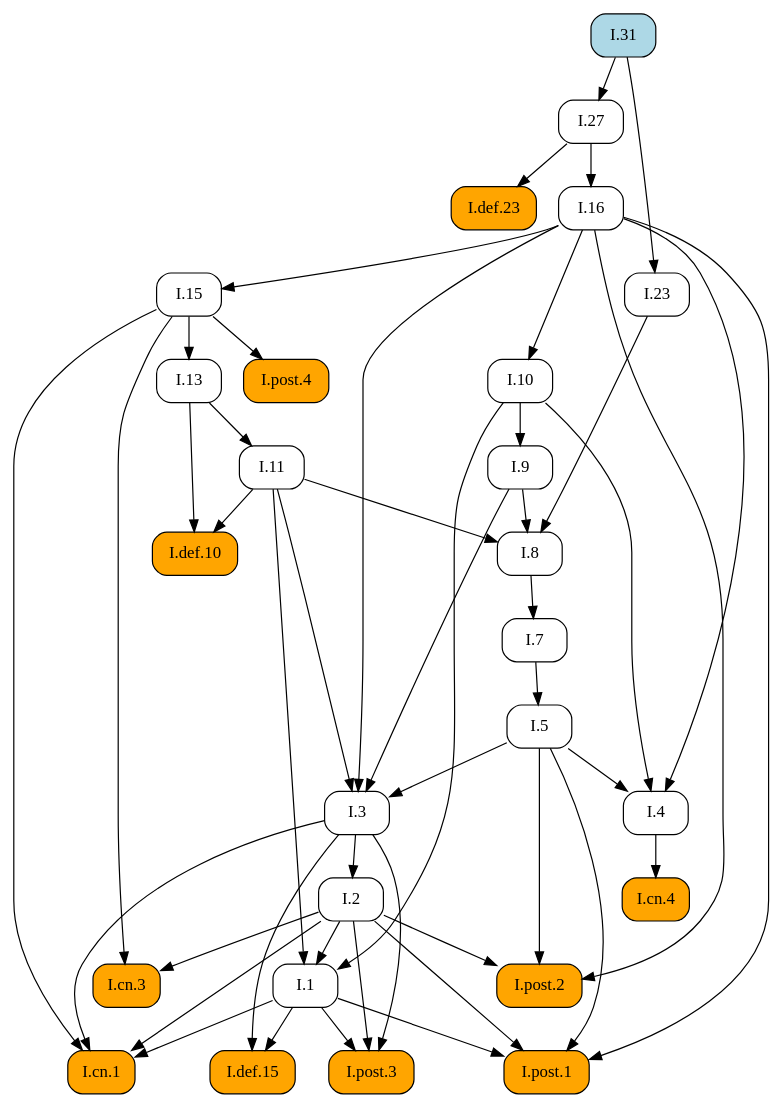
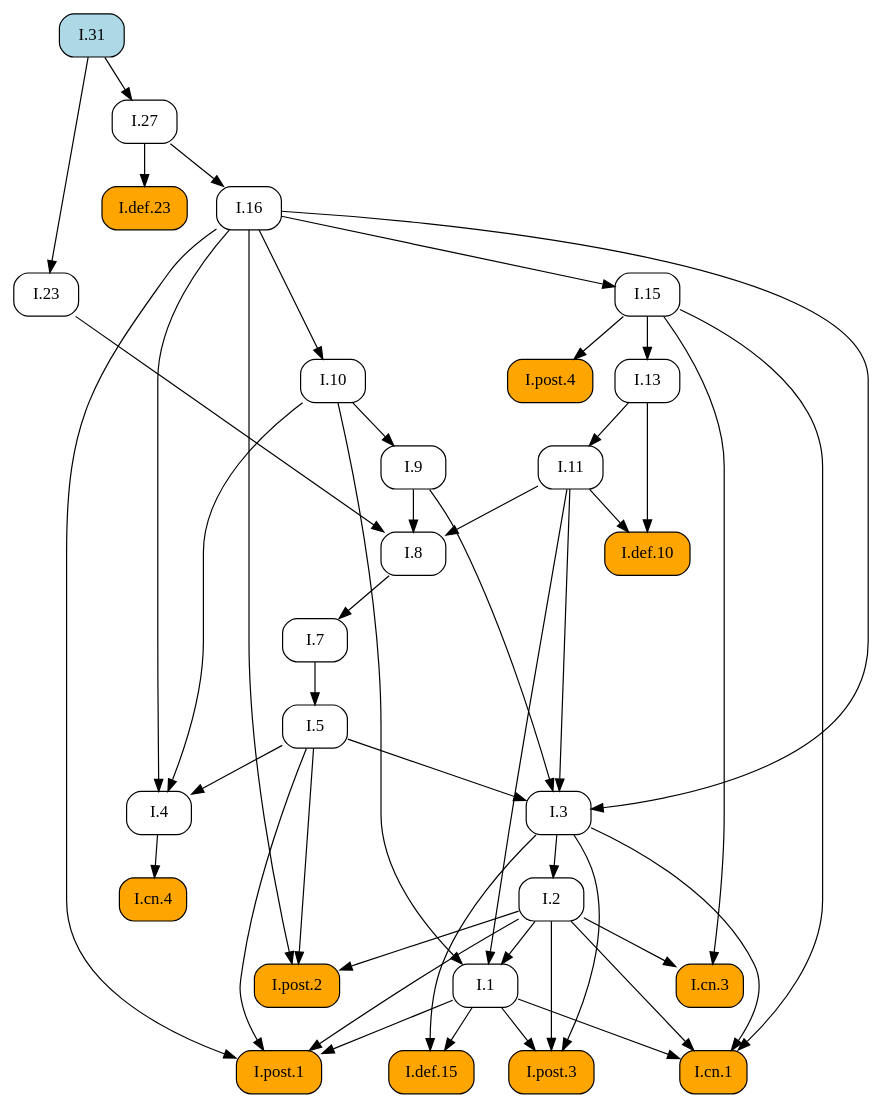
The diagram in docsrc/elements2/I/31/index.rst (geometor/elements), drawn with Graphviz before and after one commit. The commit also changed other lines of this file and 171 other files, not shown here.

```diff
--- a/docsrc/elements2/I/31/index.rst
+++ b/docsrc/elements2/I/31/index.rst
@@ -38,79 +38,79 @@
 .. graphviz::
 
    digraph {
      rankdir="TB";
      node [shape=box, style=rounded];
+     "I.8" [URL="/elements2/I/8/", target="_top"];
+     "I.1" [URL="/elements2/I/1/", target="_top"];
+     "I.cn.3" [style="rounded,filled", fillcolor=orange, URL="/elements2/I/cn.3/", target="_top"];
+     "I.cn.4" [style="rounded,filled", fillcolor=orange, URL="/elements2/I/cn.4/", target="_top"];
+     "I.23" [URL="/elements2/I/23/", target="_top"];
+     "I.7" [URL="/elements2/I/7/", target="_top"];
+     "I.post.1" [style="rounded,filled", fillcolor=orange, URL="/elements2/I/post.1/", target="_top"];
+     "I.9" [URL="/elements2/I/9/", target="_top"];
+     "I.5" [URL="/elements2/I/5/", target="_top"];
+     "I.cn.1" [style="rounded,filled", fillcolor=orange, URL="/elements2/I/cn.1/", target="_top"];
+     "I.post.4" [style="rounded,filled", fillcolor=orange, URL="/elements2/I/post.4/", target="_top"];
+     "I.def.10" [style="rounded,filled", fillcolor=orange, URL="/elements2/I/def.10/", target="_top"];
      "I.16" [URL="/elements2/I/16/", target="_top"];
-     "I.def.10" [style="rounded,filled", fillcolor=orange, URL="/elements2/I/def.10/", target="_top"];
+     "I.13" [URL="/elements2/I/13/", target="_top"];
+     "I.2" [URL="/elements2/I/2/", target="_top"];
+     "I.27" [URL="/elements2/I/27/", target="_top"];
+     "I.def.15" [style="rounded,filled", fillcolor=orange, URL="/elements2/I/def.15/", target="_top"];
+     "I.4" [URL="/elements2/I/4/", target="_top"];
+     "I.31" [style="rounded,filled", fillcolor=lightblue, URL="/elements2/I/31/", target="_top"];
+     "I.11" [URL="/elements2/I/11/", target="_top"];
+     "I.10" [URL="/elements2/I/10/", target="_top"];
+     "I.15" [URL="/elements2/I/15/", target="_top"];
+     "I.3" [URL="/elements2/I/3/", target="_top"];
      "I.def.23" [style="rounded,filled", fillcolor=orange, URL="/elements2/I/def.23/", target="_top"];
-     "I.9" [URL="/elements2/I/9/", target="_top"];
-     "I.8" [URL="/elements2/I/8/", target="_top"];
-     "I.2" [URL="/elements2/I/2/", target="_top"];
-     "I.23" [URL="/elements2/I/23/", target="_top"];
-     "I.15" [URL="/elements2/I/15/", target="_top"];
-     "I.def.15" [style="rounded,filled", fillcolor=orange, URL="/elements2/I/def.15/", target="_top"];
-     "I.cn.4" [style="rounded,filled", fillcolor=orange, URL="/elements2/I/cn.4/", target="_top"];
+     "I.post.2" [style="rounded,filled", fillcolor=orange, URL="/elements2/I/post.2/", target="_top"];
      "I.post.3" [style="rounded,filled", fillcolor=orange, URL="/elements2/I/post.3/", target="_top"];
-     "I.1" [URL="/elements2/I/1/", target="_top"];
-     "I.27" [URL="/elements2/I/27/", target="_top"];
-     "I.post.2" [style="rounded,filled", fillcolor=orange, URL="/elements2/I/post.2/", target="_top"];
-     "I.13" [URL="/elements2/I/13/", target="_top"];
-     "I.31" [style="rounded,filled", fillcolor=lightblue, URL="/elements2/I/31/", target="_top"];
-     "I.10" [URL="/elements2/I/10/", target="_top"];
-     "I.post.1" [style="rounded,filled", fillcolor=orange, URL="/elements2/I/post.1/", target="_top"];
-     "I.7" [URL="/elements2/I/7/", target="_top"];
-     "I.post.4" [style="rounded,filled", fillcolor=orange, URL="/elements2/I/post.4/", target="_top"];
-     "I.cn.1" [style="rounded,filled", fillcolor=orange, URL="/elements2/I/cn.1/", target="_top"];
-     "I.3" [URL="/elements2/I/3/", target="_top"];
-     "I.cn.3" [style="rounded,filled", fillcolor=orange, URL="/elements2/I/cn.3/", target="_top"];
-     "I.11" [URL="/elements2/I/11/", target="_top"];
-     "I.5" [URL="/elements2/I/5/", target="_top"];
-     "I.4" [URL="/elements2/I/4/", target="_top"];
-     "I.27" -> "I.16";
-     "I.11" -> "I.def.10";
-     "I.13" -> "I.def.10";
-     "I.27" -> "I.def.23";
-     "I.10" -> "I.9";
      "I.9" -> "I.8";
      "I.11" -> "I.8";
      "I.23" -> "I.8";
-     "I.3" -> "I.2";
-     "I.31" -> "I.23";
-     "I.16" -> "I.15";
-     "I.1" -> "I.def.15";
-     "I.3" -> "I.def.15";
-     "I.4" -> "I.cn.4";
-     "I.1" -> "I.post.3";
-     "I.2" -> "I.post.3";
-     "I.3" -> "I.post.3";
      "I.2" -> "I.1";
      "I.10" -> "I.1";
      "I.11" -> "I.1";
-     "I.31" -> "I.27";
-     "I.2" -> "I.post.2";
-     "I.5" -> "I.post.2";
-     "I.16" -> "I.post.2";
-     "I.15" -> "I.13";
-     "I.16" -> "I.10";
+     "I.2" -> "I.cn.3";
+     "I.15" -> "I.cn.3";
+     "I.4" -> "I.cn.4";
+     "I.31" -> "I.23";
+     "I.8" -> "I.7";
      "I.1" -> "I.post.1";
      "I.2" -> "I.post.1";
      "I.5" -> "I.post.1";
      "I.16" -> "I.post.1";
-     "I.8" -> "I.7";
-     "I.15" -> "I.post.4";
+     "I.10" -> "I.9";
+     "I.7" -> "I.5";
      "I.1" -> "I.cn.1";
      "I.2" -> "I.cn.1";
      "I.3" -> "I.cn.1";
      "I.15" -> "I.cn.1";
+     "I.15" -> "I.post.4";
+     "I.11" -> "I.def.10";
+     "I.13" -> "I.def.10";
+     "I.27" -> "I.16";
+     "I.15" -> "I.13";
+     "I.3" -> "I.2";
+     "I.31" -> "I.27";
+     "I.1" -> "I.def.15";
+     "I.3" -> "I.def.15";
+     "I.5" -> "I.4";
+     "I.10" -> "I.4";
+     "I.16" -> "I.4";
+     "I.13" -> "I.11";
+     "I.16" -> "I.10";
+     "I.16" -> "I.15";
      "I.5" -> "I.3";
      "I.9" -> "I.3";
      "I.11" -> "I.3";
      "I.16" -> "I.3";
-     "I.2" -> "I.cn.3";
-     "I.15" -> "I.cn.3";
-     "I.13" -> "I.11";
-     "I.7" -> "I.5";
-     "I.5" -> "I.4";
-     "I.10" -> "I.4";
-     "I.16" -> "I.4";
+     "I.27" -> "I.def.23";
+     "I.2" -> "I.post.2";
+     "I.5" -> "I.post.2";
+     "I.16" -> "I.post.2";
+     "I.1" -> "I.post.3";
+     "I.2" -> "I.post.3";
+     "I.3" -> "I.post.3";
    }
```
